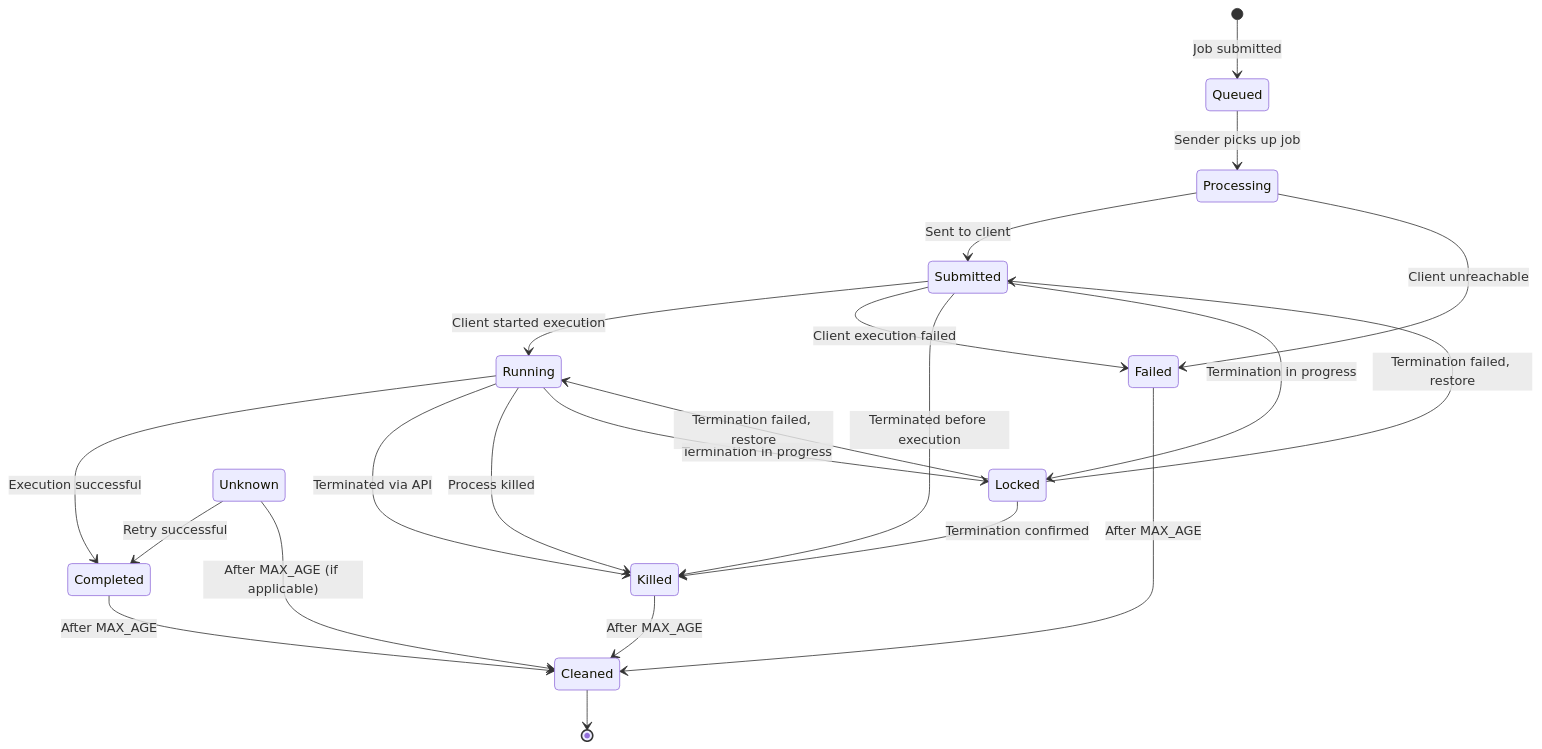
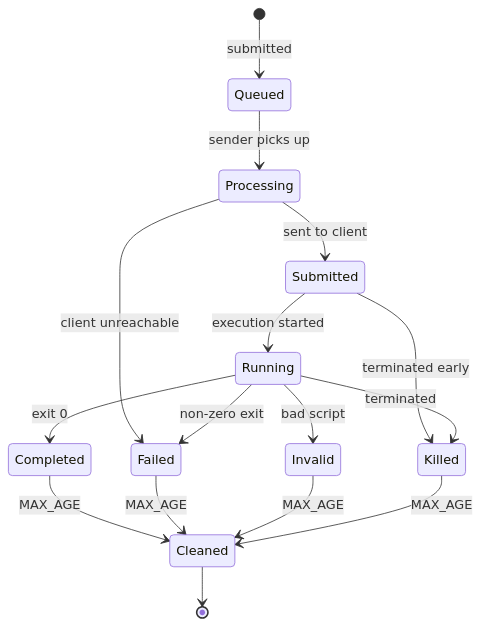
Before and after one commit to rvhonorato/job-orchestrator: the second of 2 diagrams in docs/src/architecture/job-lifecycle.md, drawn with Mermaid. The commit also changed other lines of this file and 22 other files, not shown here.

````diff
--- a/docs/src/architecture/job-lifecycle.md
+++ b/docs/src/architecture/job-lifecycle.md
@@ -55,31 +57,20 @@
 ```mermaid
 stateDiagram-v2
-    [*] --> Queued: Job submitted
+    [*] --> Queued: submitted
+    Queued --> Processing: sender picks up
+    Processing --> Submitted: sent to client
+    Processing --> Failed: client unreachable
 
-    Queued --> Processing: Sender picks up job
-    Processing --> Submitted: Sent to client
-    Processing --> Failed: Client unreachable
+    Submitted --> Running: execution started
+    Running --> Completed: exit 0
+    Running --> Failed: non-zero exit
+    Running --> Invalid: bad script
+    Submitted --> Killed: terminated early
+    Running --> Killed: terminated
 
-    Submitted --> Running: Client started execution
-    Submitted --> Failed: Client execution failed
-    Running --> Completed: Execution successful
-    Running --> Killed: Terminated via API
-
-    Submitted --> Killed: Terminated before execution
-    Running --> Killed: Process killed
-
-    Submitted --> Locked: Termination in progress
-    Running --> Locked: Termination in progress
-    Locked --> Killed: Termination confirmed
-    Locked --> Submitted: Termination failed, restore
-    Locked --> Running: Termination failed, restore
-
-    Unknown --> Completed: Retry successful
-
-    Completed --> Cleaned: After MAX_AGE
-    Failed --> Cleaned: After MAX_AGE
-    Killed --> Cleaned: After MAX_AGE
-    Unknown --> Cleaned: After MAX_AGE (if applicable)
-
+    Completed --> Cleaned: MAX_AGE
+    Failed --> Cleaned: MAX_AGE
+    Invalid --> Cleaned: MAX_AGE
+    Killed --> Cleaned: MAX_AGE
     Cleaned --> [*]
 ```
````
